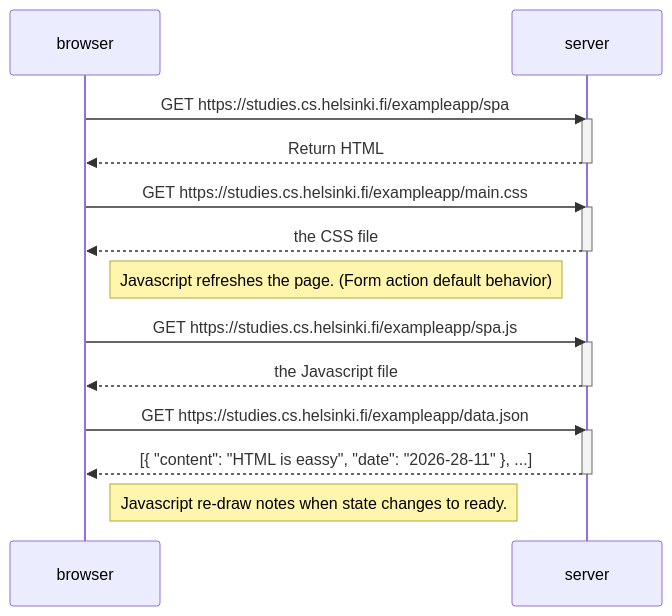
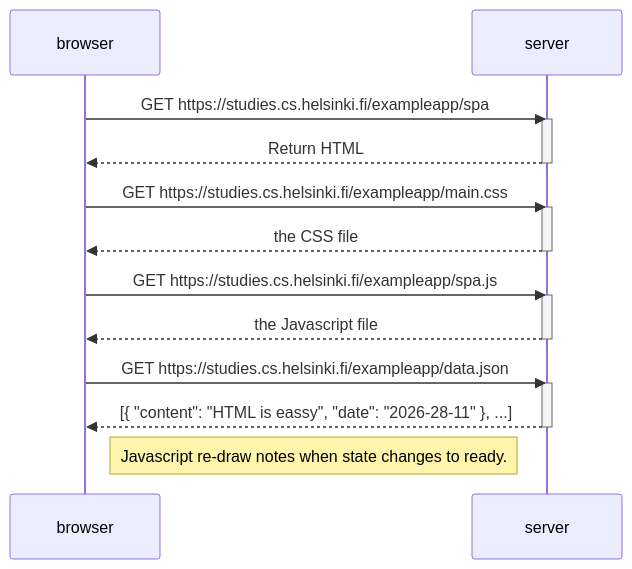
Before and after one commit to KitsuneTheDev/fso: the diagram in part-0/0.5-spaDiagram.md, drawn with Mermaid.

````diff
--- a/part-0/0.5-spaDiagram.md
+++ b/part-0/0.5-spaDiagram.md
@@ -8,29 +8,27 @@
 ```mermaid
 sequenceDiagram
     participant browser
     participant server
 
     browser->>server: GET https://studies.cs.helsinki.fi/exampleapp/spa
     activate server
     server-->>browser: Return HTML
     deactivate server
 
     browser->>server: GET https://studies.cs.helsinki.fi/exampleapp/main.css
     activate server
     server-->>browser: the CSS file
     deactivate server
-    
-    Note right of browser: Javascript refreshes the page. (Form action default behavior)
 
     browser->>server: GET https://studies.cs.helsinki.fi/exampleapp/spa.js
     activate server
     server-->>browser: the Javascript file
     deactivate server
 
     browser->>server: GET https://studies.cs.helsinki.fi/exampleapp/data.json
     activate server
     server-->>browser: [{ "content": "HTML is eassy", "date": "2026-28-11" }, ...]
     deactivate server
 
     Note right of browser: Javascript re-draw notes when state changes to ready.
 ```
````
